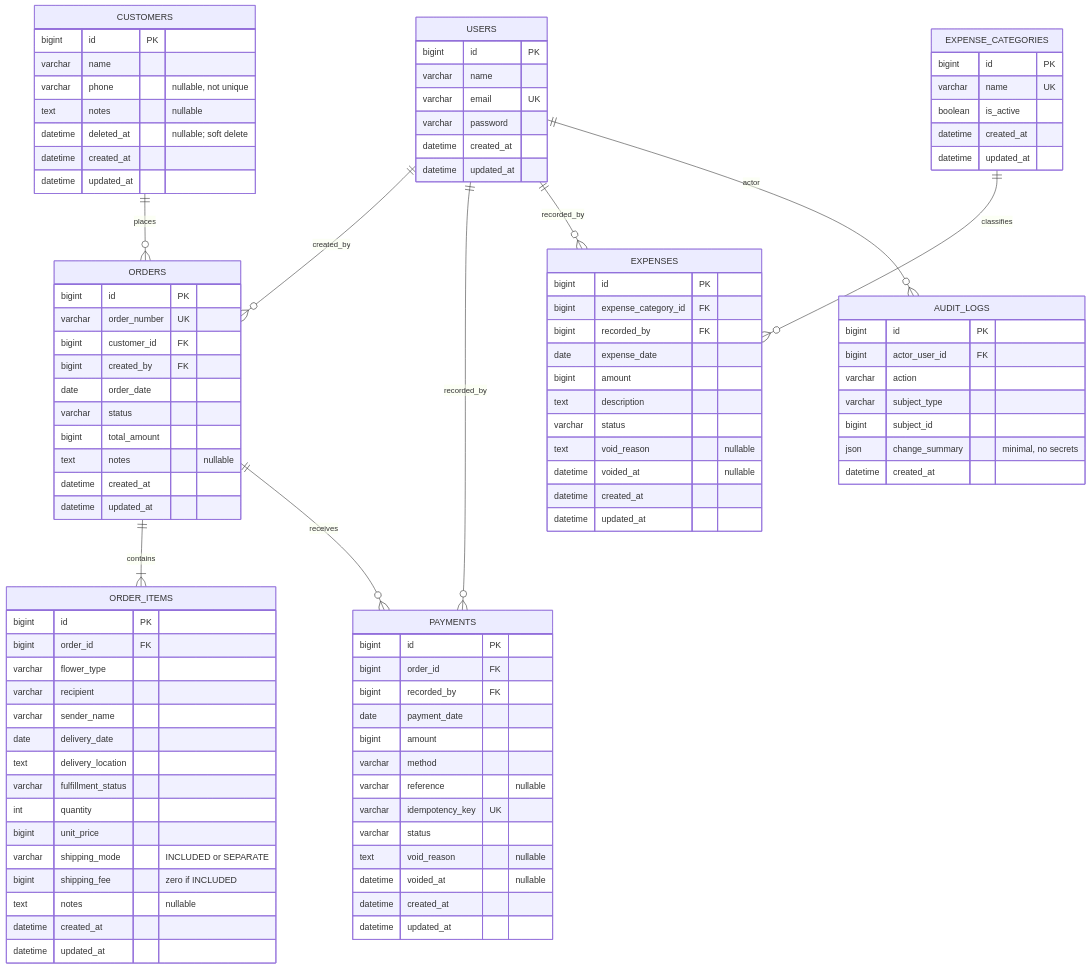
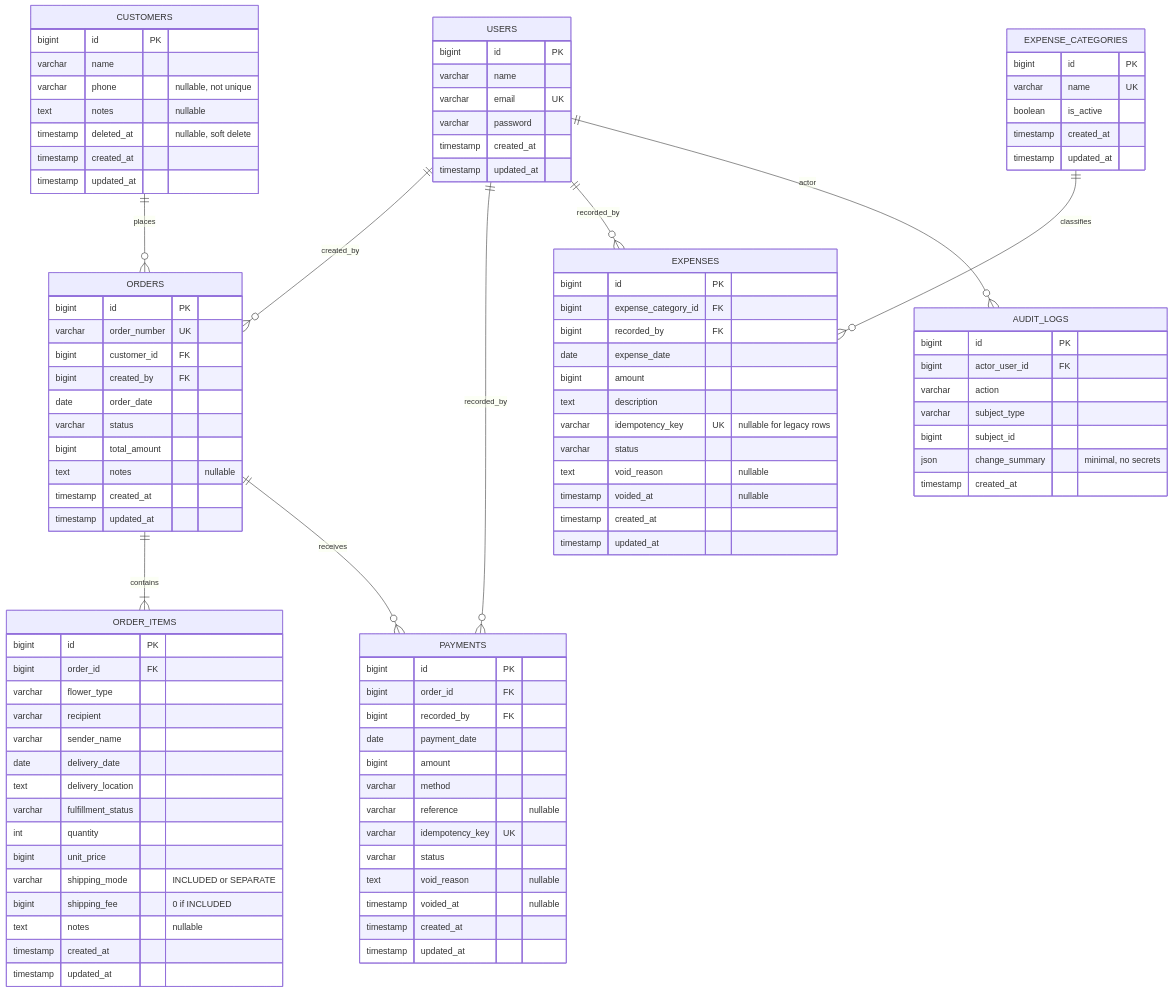
One commit to Vluuuu/Mutiara-Florist-Management-System changed the diagram in docs/DATABASE.md. Above: the diagram before and after it, drawn with Mermaid. The commit also changed other lines of this file and 265 other files, not shown here.

````diff
--- a/docs/DATABASE.md
+++ b/docs/DATABASE.md
@@ -32,17 +34,17 @@
     varchar name
     varchar email UK
     varchar password
-    datetime created_at
-    datetime updated_at
+    timestamp created_at
+    timestamp updated_at
   }
   CUSTOMERS {
     bigint id PK
     varchar name
     varchar phone "nullable, not unique"
     text notes "nullable"
-    datetime deleted_at "nullable; soft delete"
-    datetime created_at
-    datetime updated_at
+    timestamp deleted_at "nullable, soft delete"
+    timestamp created_at
+    timestamp updated_at
   }
   ORDERS {
     bigint id PK
@@ -53,8 +55,8 @@
     varchar status
     bigint total_amount
     text notes "nullable"
-    datetime created_at
-    datetime updated_at
+    timestamp created_at
+    timestamp updated_at
   }
   ORDER_ITEMS {
     bigint id PK
@@ -68,10 +70,10 @@
     int quantity
     bigint unit_price
     varchar shipping_mode "INCLUDED or SEPARATE"
-    bigint shipping_fee "zero if INCLUDED"
+    bigint shipping_fee "0 if INCLUDED"
     text notes "nullable"
-    datetime created_at
-    datetime updated_at
+    timestamp created_at
+    timestamp updated_at
   }
   PAYMENTS {
     bigint id PK
@@ -84,16 +86,16 @@
     varchar idempotency_key UK
     varchar status
     text void_reason "nullable"
-    datetime voided_at "nullable"
-    datetime created_at
-    datetime updated_at
+    timestamp voided_at "nullable"
+    timestamp created_at
+    timestamp updated_at
   }
   EXPENSE_CATEGORIES {
     bigint id PK
     varchar name UK
     boolean is_active
-    datetime created_at
-    datetime updated_at
+    timestamp created_at
+    timestamp updated_at
   }
   EXPENSES {
     bigint id PK
@@ -102,11 +104,12 @@
     date expense_date
     bigint amount
     text description
+    varchar idempotency_key UK "nullable for legacy rows"
     varchar status
     text void_reason "nullable"
-    datetime voided_at "nullable"
-    datetime created_at
-    datetime updated_at
+    timestamp voided_at "nullable"
+    timestamp created_at
+    timestamp updated_at
   }
   AUDIT_LOGS {
     bigint id PK
@@ -115,6 +118,6 @@
     varchar subject_type
     bigint subject_id
     json change_summary "minimal, no secrets"
-    datetime created_at
+    timestamp created_at
   }
 ```
````
